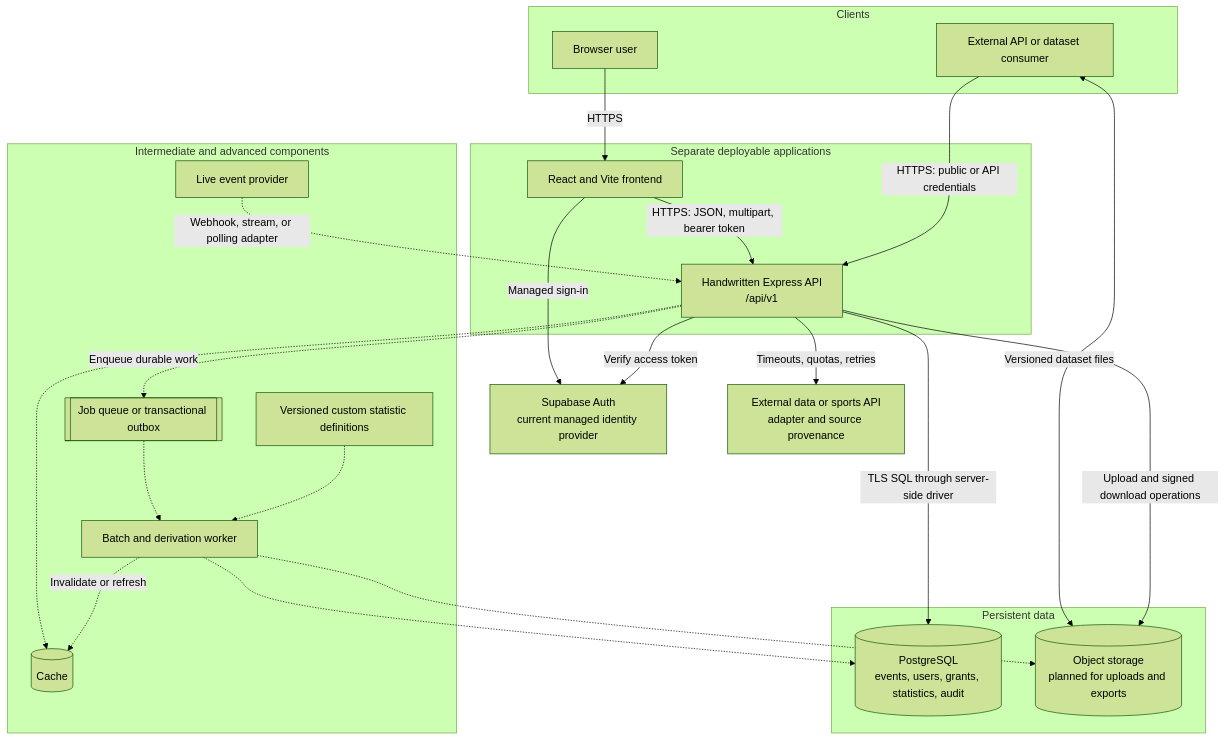
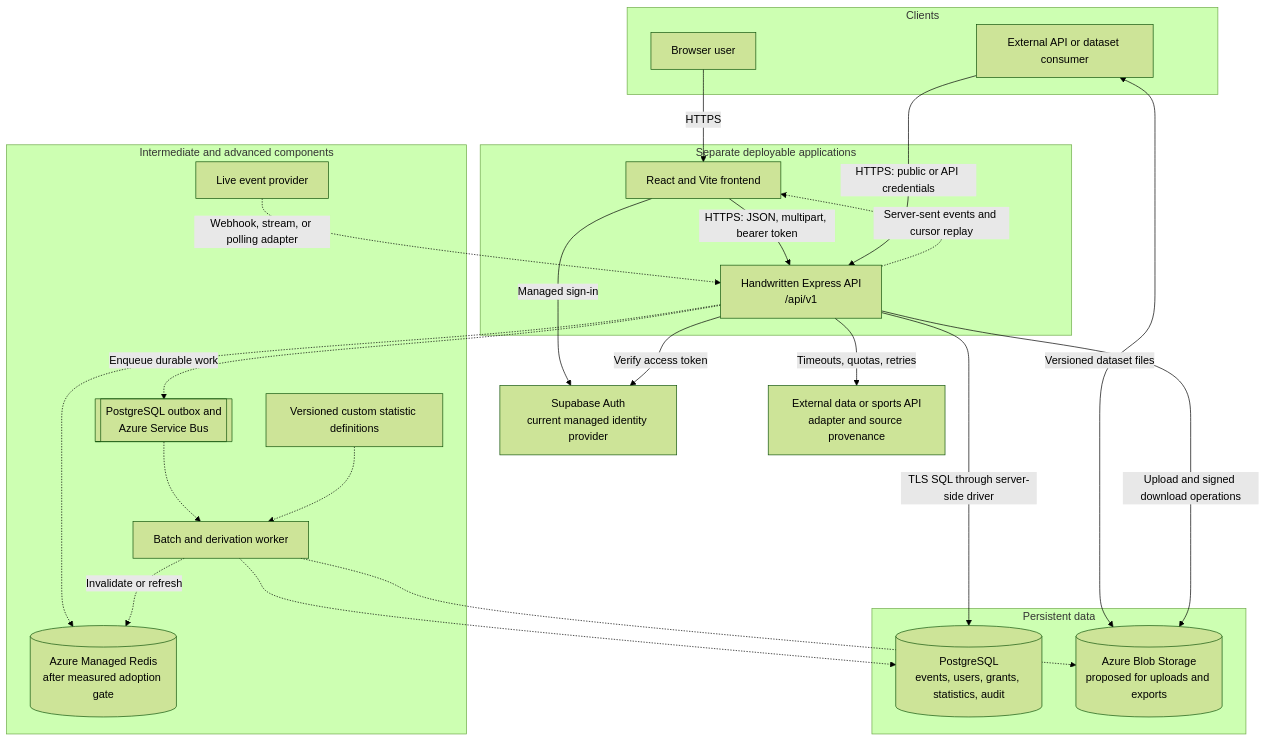
Before and after one commit to NadavSundy/Sport-Analytics-Tool: the first of 4 diagrams in docs/architecture/system-architecture.md, drawn with Mermaid (forest theme). The commit also changed other lines of this file and 5 other files, not shown here.

First line of the commit message:
docs(architecture): record advanced service decisions

````diff
--- a/docs/architecture/system-architecture.md
+++ b/docs/architecture/system-architecture.md
@@ -80,46 +93,47 @@
 ```mermaid
 flowchart TB
     subgraph Clients[Clients]
         User[Browser user]
         Consumer[External API or dataset consumer]
     end
 
     subgraph Applications[Separate deployable applications]
         Frontend[React and Vite frontend]
         API[Handwritten Express API<br/>/api/v1]
     end
 
     Auth[Supabase Auth<br/>current managed identity provider]
     External[External data or sports API<br/>adapter and source provenance]
 
     subgraph Data[Persistent data]
         DB[(PostgreSQL<br/>events, users, grants, statistics, audit)]
-        Files[(Object storage<br/>planned for uploads and exports)]
+        Files[(Azure Blob Storage<br/>proposed for uploads and exports)]
     end
 
     subgraph Future[Intermediate and advanced components]
-        Queue[[Job queue or transactional outbox]]
+        Queue[[PostgreSQL outbox and<br/>Azure Service Bus]]
         Worker[Batch and derivation worker]
-        Cache[(Cache)]
+        Cache[(Azure Managed Redis<br/>after measured adoption gate)]
         Live[Live event provider]
         Definitions[Versioned custom statistic definitions]
     end
 
     User -->|HTTPS| Frontend
     Frontend -->|Managed sign-in| Auth
     Frontend -->|HTTPS: JSON, multipart, bearer token| API
     Consumer -->|HTTPS: public or API credentials| API
     Consumer <-->|Versioned dataset files| Files
     API -->|Verify access token| Auth
     API -->|TLS SQL through server-side driver| DB
     API -->|Upload and signed download operations| Files
     API -->|Timeouts, quotas, retries| External
     API -.->|Enqueue durable work| Queue
     Queue -.-> Worker
     Worker -.-> DB
     Worker -.-> Files
     API -.-> Cache
     Worker -.->|Invalidate or refresh| Cache
     Live -.->|Webhook, stream, or polling adapter| API
+    API -.->|Server-sent events and cursor replay| Frontend
     Definitions -.-> Worker
 ```
````
